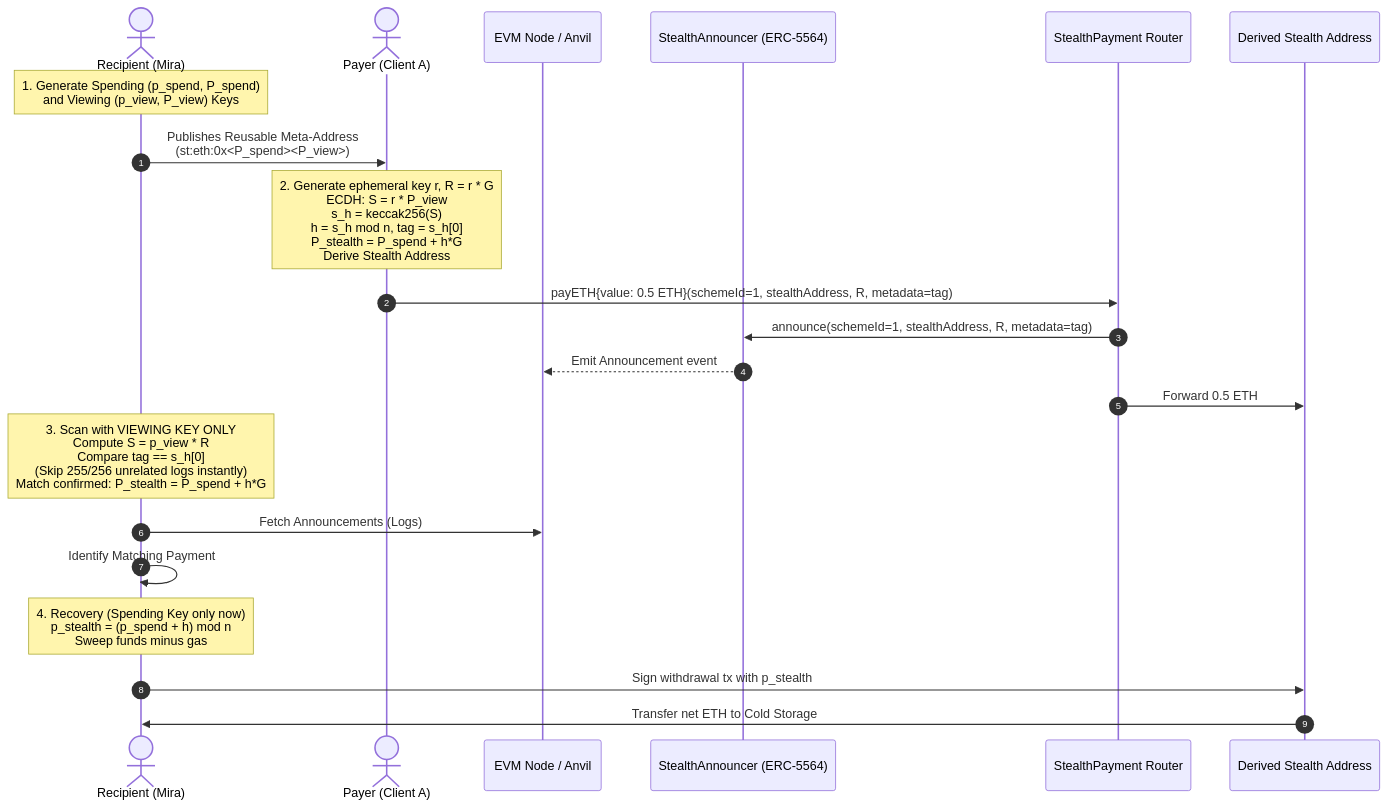
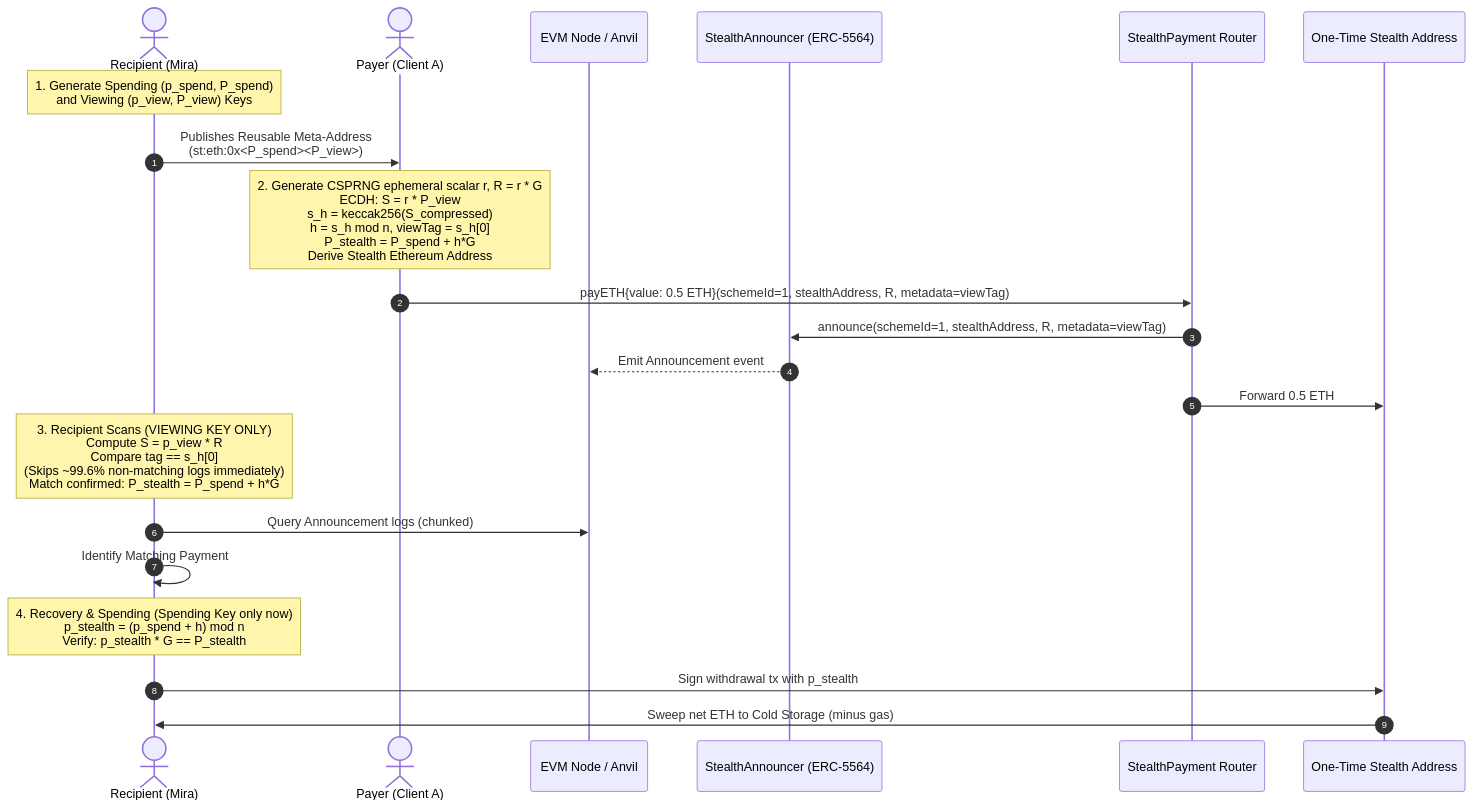
The diagram in README.md (nikitabiradar231/payveil_d10_p1), drawn with Mermaid before and after one commit. The commit also changed other lines of this file and 11 other files, not shown here.

````diff
--- a/README.md
+++ b/README.md
@@ -26,27 +56,27 @@
 ```mermaid
 sequenceDiagram
     autonumber
     actor Recipient as Recipient (Mira)
     actor Payer as Payer (Client A)
     participant RPC as EVM Node / Anvil
     participant Announcer as StealthAnnouncer (ERC-5564)
     participant Payment as StealthPayment Router
-    participant StealthAddr as Derived Stealth Address
+    participant StealthAddr as One-Time Stealth Address
 
     Note over Recipient: 1. Generate Spending (p_spend, P_spend)<br/>and Viewing (p_view, P_view) Keys
     Recipient->>Payer: Publishes Reusable Meta-Address<br/>(st:eth:0x<P_spend><P_view>)
 
-    Note over Payer: 2. Generate ephemeral key r, R = r * G<br/>ECDH: S = r * P_view<br/>s_h = keccak256(S)<br/>h = s_h mod n, tag = s_h[0]<br/>P_stealth = P_spend + h*G<br/>Derive Stealth Address
-    Payer->>Payment: payETH{value: 0.5 ETH}(schemeId=1, stealthAddress, R, metadata=tag)
-    Payment->>Announcer: announce(schemeId=1, stealthAddress, R, metadata=tag)
+    Note over Payer: 2. Generate CSPRNG ephemeral scalar r, R = r * G<br/>ECDH: S = r * P_view<br/>s_h = keccak256(S_compressed)<br/>h = s_h mod n, viewTag = s_h[0]<br/>P_stealth = P_spend + h*G<br/>Derive Stealth Ethereum Address
+    Payer->>Payment: payETH{value: 0.5 ETH}(schemeId=1, stealthAddress, R, metadata=viewTag)
+    Payment->>Announcer: announce(schemeId=1, stealthAddress, R, metadata=viewTag)
     Announcer-->>RPC: Emit Announcement event
     Payment->>StealthAddr: Forward 0.5 ETH
 
-    Note over Recipient: 3. Scan with VIEWING KEY ONLY<br/>Compute S = p_view * R<br/>Compare tag == s_h[0]<br/>(Skip 255/256 unrelated logs instantly)<br/>Match confirmed: P_stealth = P_spend + h*G
-    Recipient->>RPC: Fetch Announcements (Logs)
+    Note over Recipient: 3. Recipient Scans (VIEWING KEY ONLY)<br/>Compute S = p_view * R<br/>Compare tag == s_h[0]<br/>(Skips ~99.6% non-matching logs immediately)<br/>Match confirmed: P_stealth = P_spend + h*G
+    Recipient->>RPC: Query Announcement logs (chunked)
     Recipient->>Recipient: Identify Matching Payment
 
-    Note over Recipient: 4. Recovery (Spending Key only now)<br/>p_stealth = (p_spend + h) mod n<br/>Sweep funds minus gas
+    Note over Recipient: 4. Recovery & Spending (Spending Key only now)<br/>p_stealth = (p_spend + h) mod n<br/>Verify: p_stealth * G == P_stealth
     Recipient->>StealthAddr: Sign withdrawal tx with p_stealth
-    StealthAddr->>Recipient: Transfer net ETH to Cold Storage
+    StealthAddr->>Recipient: Sweep net ETH to Cold Storage (minus gas)
 ```
````
